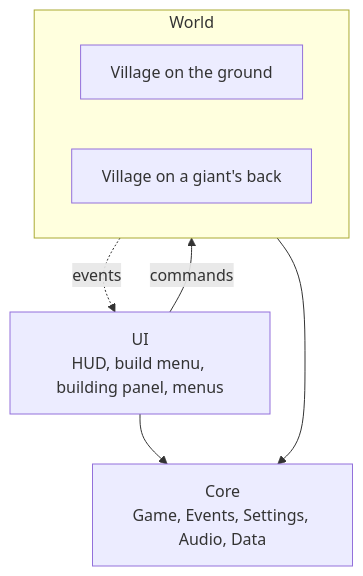
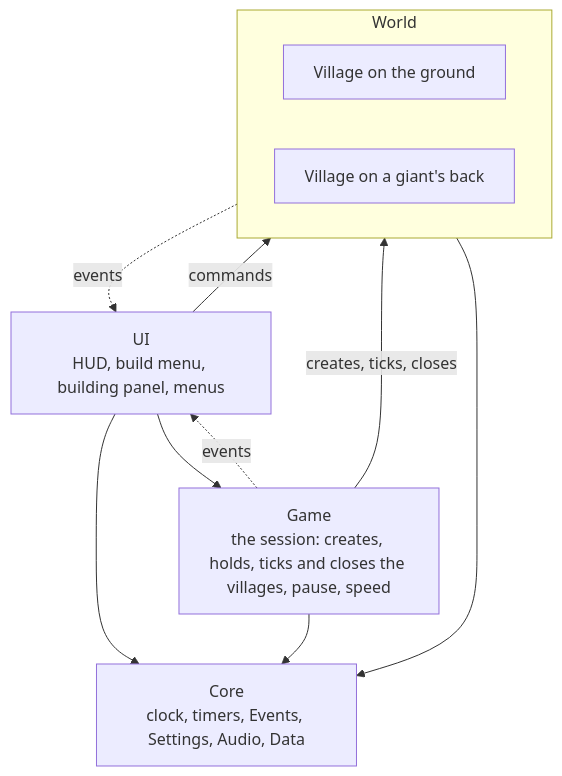
Before and after one commit to Liam-M-Mays/game-jam-2026: the first of 2 diagrams in docs/core-design.md, drawn with Mermaid. The commit also changed other lines of this file and 7 other files, not shown here.

First line of the commit message:
Write Decision 33 into the design and the code: the Game service holds and ticks the villages

````diff
--- a/docs/core-design.md
+++ b/docs/core-design.md
@@ -56,14 +56,19 @@
 ```mermaid
 flowchart TD
     UI["UI<br/>HUD, build menu, building panel, menus"]
+    Game["Game<br/>the session: creates, holds, ticks and closes the villages, pause, speed"]
     subgraph World
         Ground["Village on the ground"]
         Back["Village on a giant's back"]
     end
-    Core["Core<br/>Game, Events, Settings, Audio, Data"]
+    Core["Core<br/>clock, timers, Events, Settings, Audio, Data"]
 
     UI -- commands --> World
+    UI --> Game
+    Game -- "creates, ticks, closes" --> World
     World -. events .-> UI
+    Game -. events .-> UI
     UI --> Core
+    Game --> Core
     World --> Core
 ```
````
